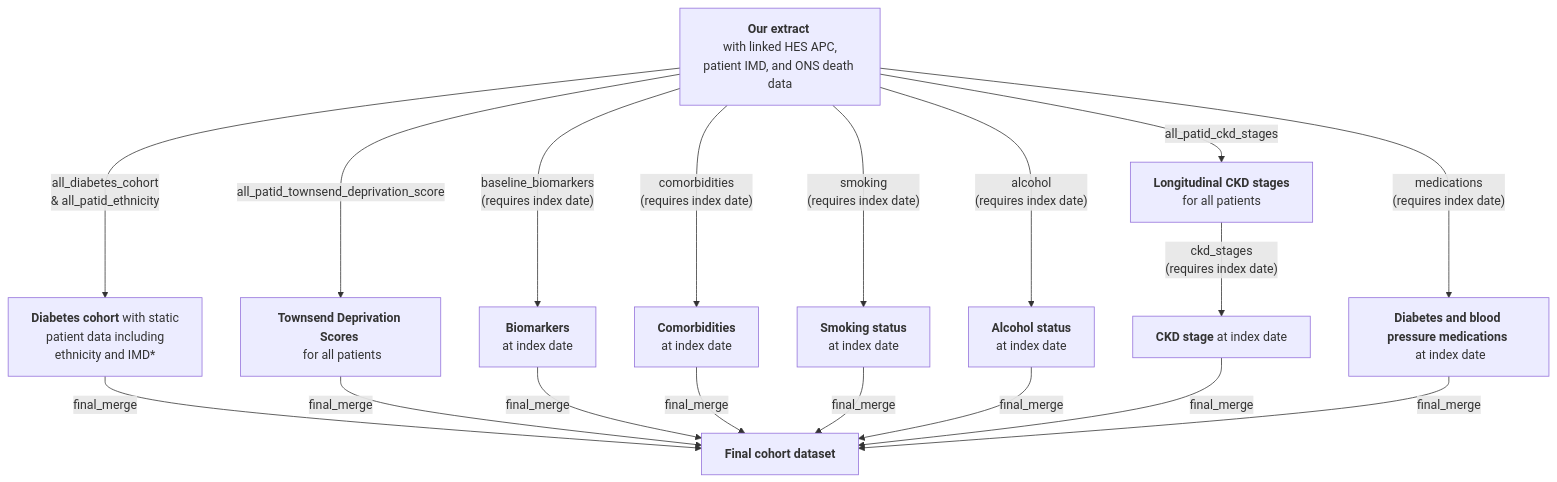
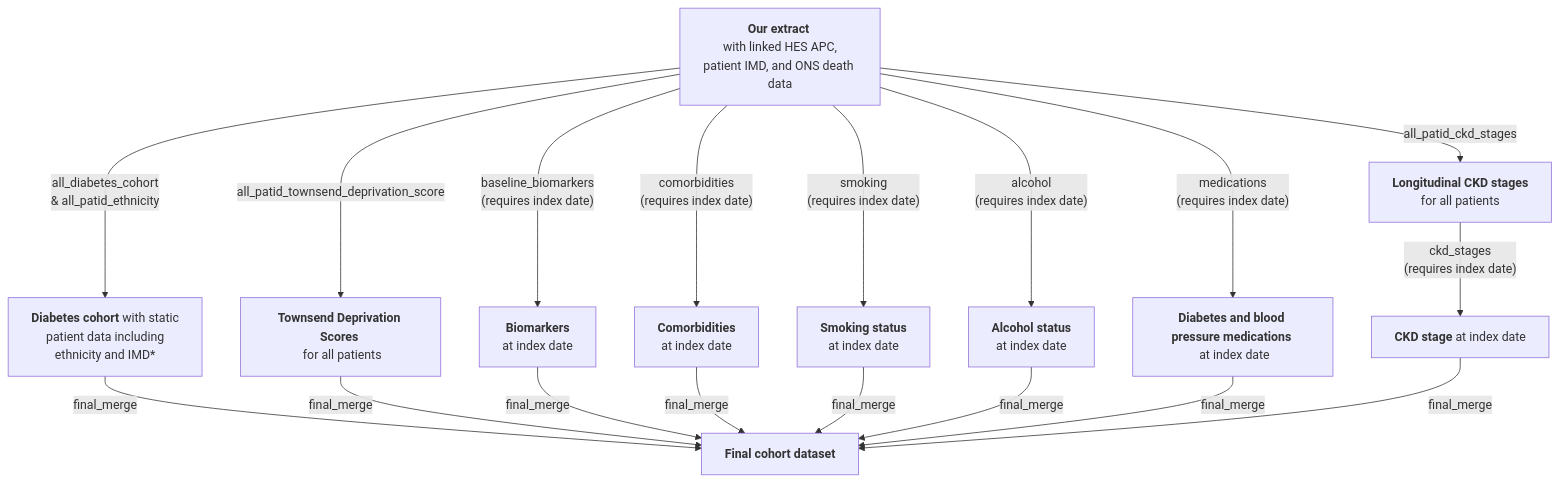
Before and after one commit to Exeter-Diabetes/CPRD-Cohort-scripts: the diagram in 02-Prevalent/README.md, drawn with Mermaid. The commit also changed other lines of this file, not shown here.

````diff
--- a/02-Prevalent/README.md
+++ b/02-Prevalent/README.md
@@ -11,20 +11,20 @@
 ```mermaid
 graph TD;
     A["<b>Our extract</b> <br> with linked HES APC, patient IMD, and ONS death data"] --> |"all_diabetes_cohort <br> & all_patid_ethnicity"|B["<b>Diabetes cohort</b> with static <br> patient data including <br> ethnicity and IMD*"]
     A-->|"all_patid_ckd_stages"|C["<b>Longitudinal CKD stages</b> <br> for all patients"]
     A-->|"all_patid_townsend_deprivation_score"|D["<b>Townsend Deprivation Scores</b> <br> for all patients"]
     A-->|"baseline_biomarkers <br> (requires index date)"|E["<b>Biomarkers</b> <br> at index date"]
     A-->|"comorbidities <br> (requires index date)"|F["<b>Comorbidities</b> <br> at index date"]
     A-->|"smoking <br> (requires index date)"|G["<b>Smoking status</b> <br> at index date"]
     A-->|"alcohol <br> (requires index date)"|H["<b>Alcohol status</b> <br> at index date"]
     A-->|"medications <br> (requires index date)"|K["<b>Diabetes and blood pressure medications</b> <br> at index date"]
     C-->|"ckd_stages <br> (requires index date)"|I["<b>CKD stage</b <br> at index date"]
     B-->|"final_merge"|J["<b>Final cohort dataset</b>"]
     D-->|"final_merge"|J
     E-->|"final_merge"|J
     F-->|"final_merge"|J
     G-->|"final_merge"|J
     H-->|"final_merge"|J
-    I-->|"final_merge"|J
     K-->|"final_merge"|J
+    I-->|"final_merge"|J    
 ```
````
